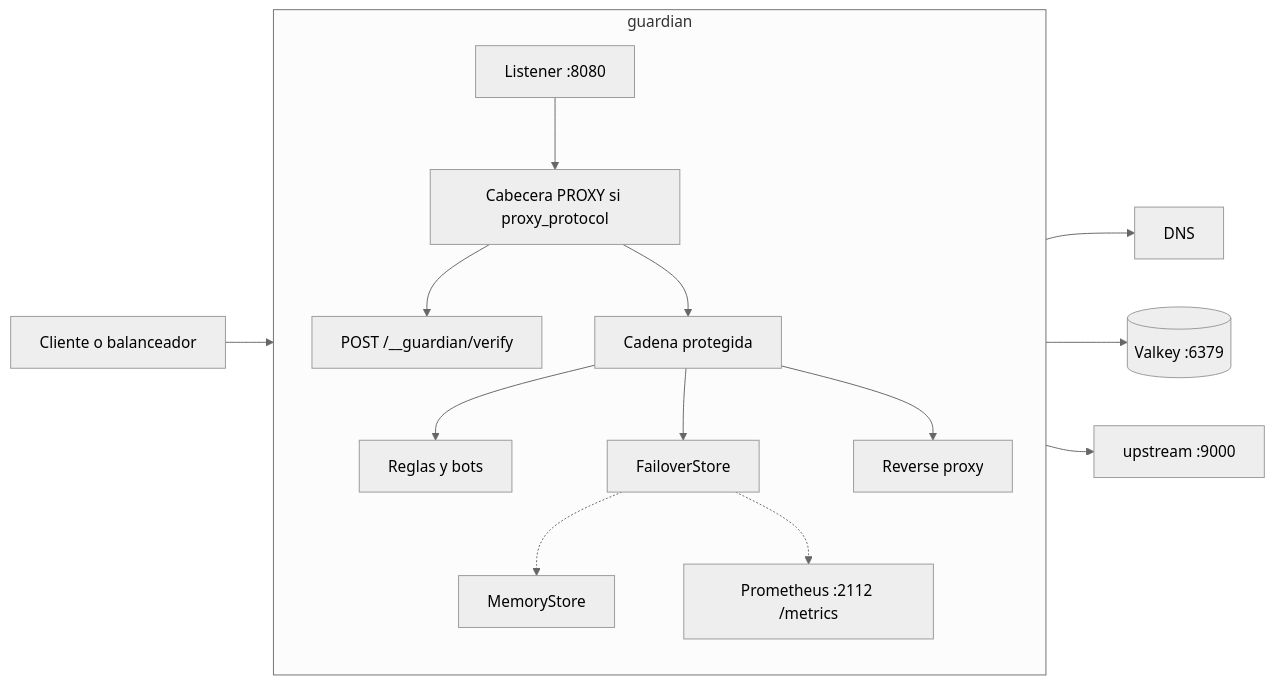
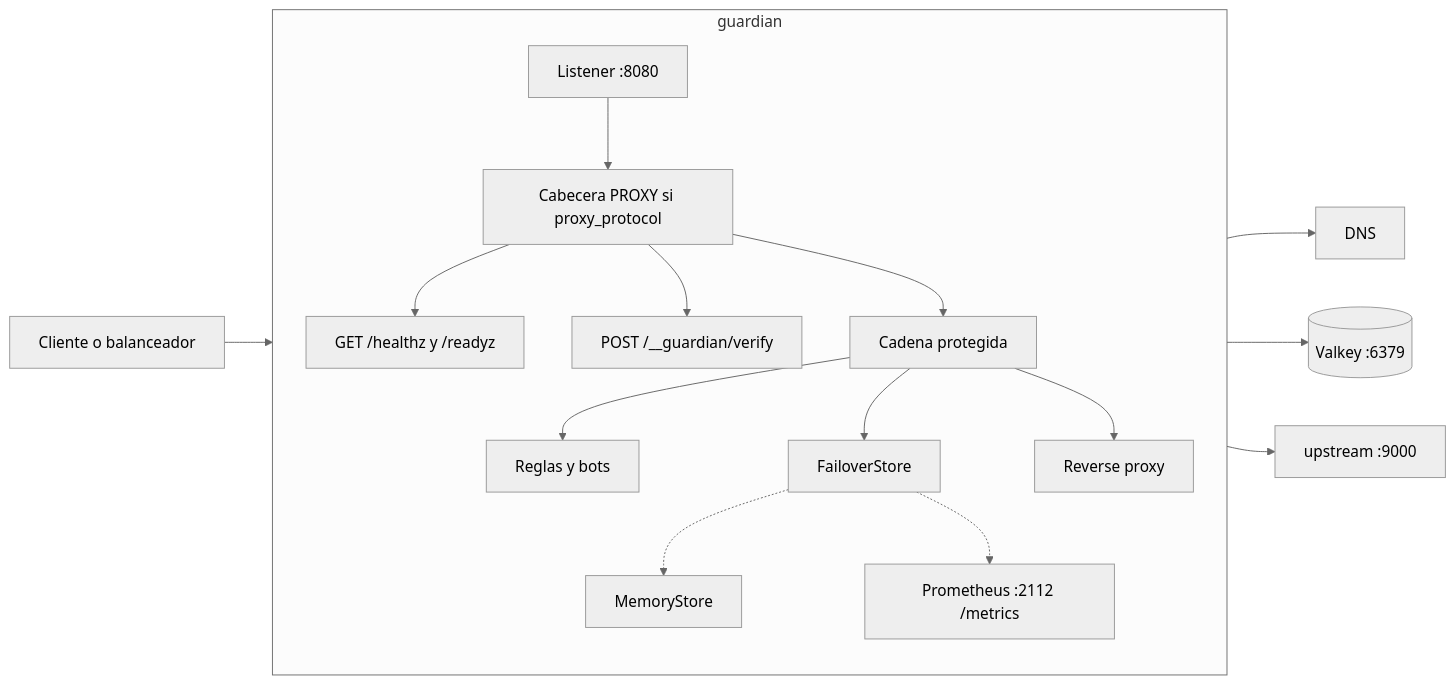
Before and after one commit to fharias/guardian-scrapy: the first of 7 diagrams in README.md, drawn with Mermaid (neutral theme). The commit also changed other lines of this file, not shown here.

````diff
--- a/README.md
+++ b/README.md
@@ -13,34 +13,36 @@
 ```mermaid
 flowchart LR
   cliente[Cliente o balanceador]
 
   subgraph proxy [guardian]
     direction TB
     listener["Listener :8080"]
     pp["Cabecera PROXY si proxy_protocol"]
+    salud["GET /healthz y /readyz"]
     verify["POST /__guardian/verify"]
     cadena[Cadena protegida]
     reglas[Reglas y bots]
     reverso["Reverse proxy"]
     failover[FailoverStore]
     memoria[MemoryStore]
     metricas["Prometheus :2112 /metrics"]
   end
 
   valkey[("Valkey :6379")]
   dns[DNS]
   origen["upstream :9000"]
 
   cliente --> listener
   listener --> pp
+  pp --> salud
   pp --> verify
   pp --> cadena
   cadena --> reglas
   reglas --> dns
   cadena --> failover
   cadena --> reverso
   failover --> valkey
   failover -.-> memoria
   failover -.-> metricas
   reverso --> origen
 ```
````
